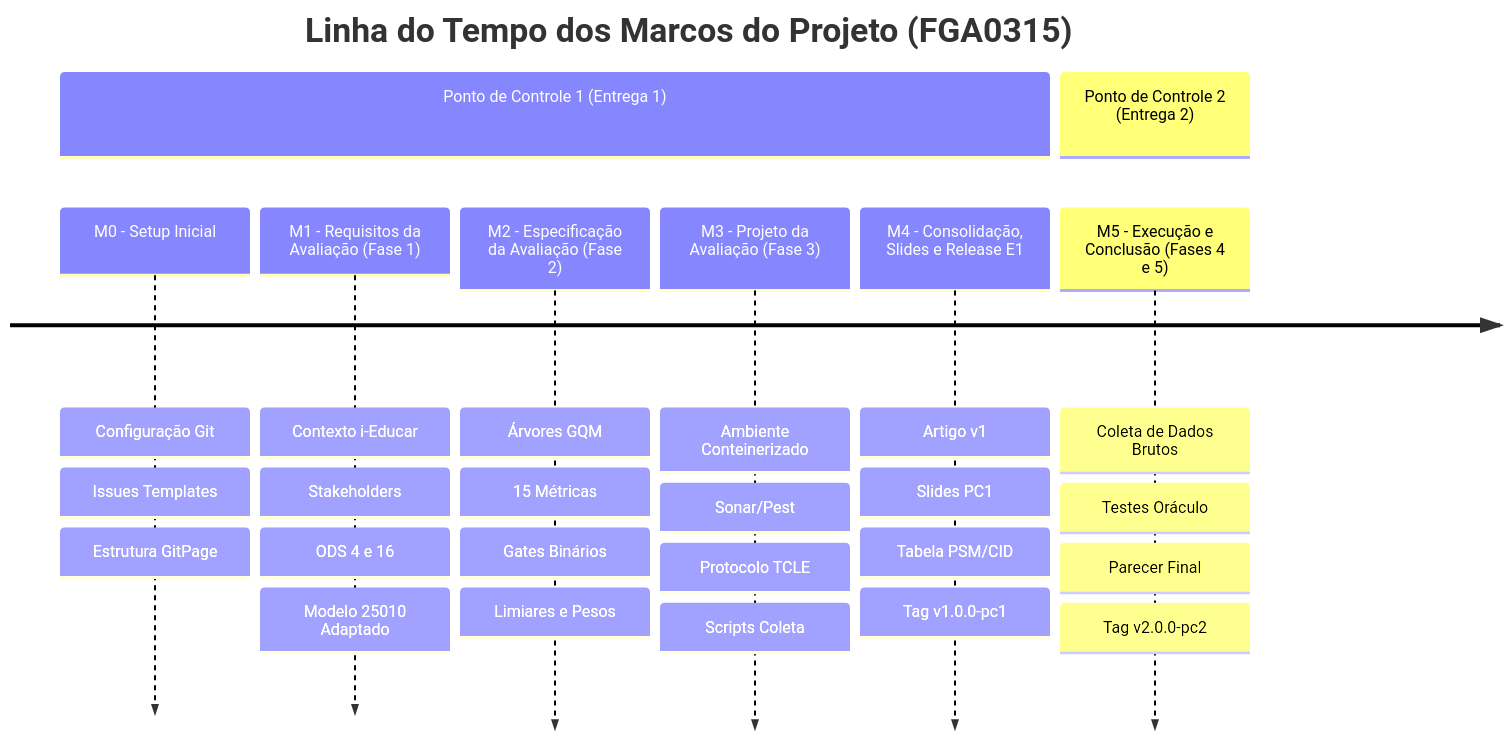
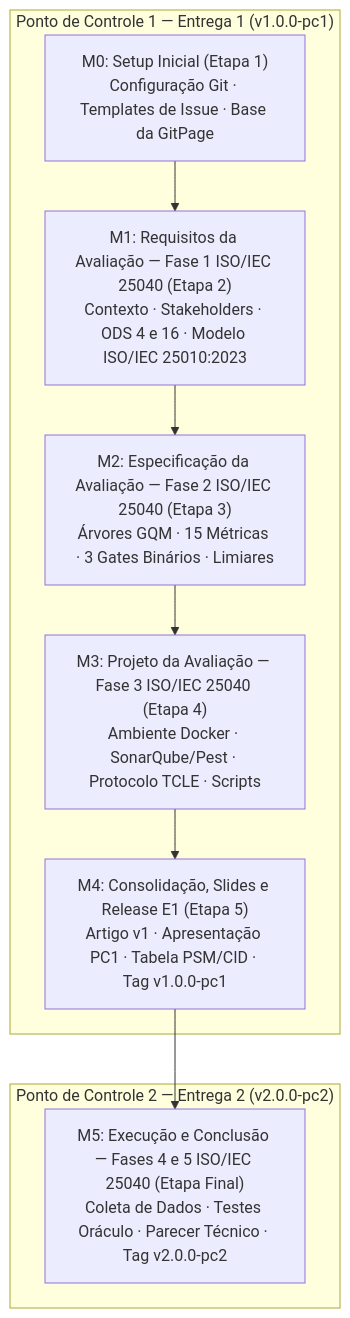
Before and after one commit to FCTE-Qualidade-de-Software-1/2026-2_T02_GRACE_HOPPER: the diagram in docs/gestao_projeto_releases_milestones_issues.md, drawn with Mermaid. The commit also changed other lines of this file and 8 other files, not shown here.

Commit message:
feat: adicionada informacoes dos integrantes do grupo + melhorias na apresentacao dos dados

````diff
--- a/docs/gestao_projeto_releases_milestones_issues.md
+++ b/docs/gestao_projeto_releases_milestones_issues.md
@@ -34,12 +36,15 @@
 ```mermaid
-timeline
-    title Linha do Tempo dos Marcos do Projeto (FGA0315)
-    section Ponto de Controle 1 (Entrega 1)
-        M0 - Setup Inicial : Configuração Git : Issues Templates : Estrutura GitPage
-        M1 - Requisitos da Avaliação (Fase 1) : Contexto i-Educar : Stakeholders : ODS 4 e 16 : Modelo 25010 Adaptado
-        M2 - Especificação da Avaliação (Fase 2) : Árvores GQM : 15 Métricas : Gates Binários : Limiares e Pesos
-        M3 - Projeto da Avaliação (Fase 3) : Ambiente Conteinerizado : Sonar/Pest : Protocolo TCLE : Scripts Coleta
-        M4 - Consolidação, Slides e Release E1 : Artigo v1 : Slides PC1 : Tabela PSM/CID : Tag v1.0.0-pc1
-    section Ponto de Controle 2 (Entrega 2)
-        M5 - Execução e Conclusão (Fases 4 e 5) : Coleta de Dados Brutos : Testes Oráculo : Parecer Final : Tag v2.0.0-pc2
+flowchart TD
+    subgraph PC1["Ponto de Controle 1 — Entrega 1 (v1.0.0-pc1)"]
+        M0["M0: Setup Inicial (Etapa 1)<br/>Configuração Git · Templates de Issue · Base da GitPage"]
+        M1["M1: Requisitos da Avaliação — Fase 1 ISO/IEC 25040 (Etapa 2)<br/>Contexto · Stakeholders · ODS 4 e 16 · Modelo ISO/IEC 25010:2023"]
+        M2["M2: Especificação da Avaliação — Fase 2 ISO/IEC 25040 (Etapa 3)<br/>Árvores GQM · 15 Métricas · 3 Gates Binários · Limiares"]
+        M3["M3: Projeto da Avaliação — Fase 3 ISO/IEC 25040 (Etapa 4)<br/>Ambiente Docker · SonarQube/Pest · Protocolo TCLE · Scripts"]
+        M4["M4: Consolidação, Slides e Release E1 (Etapa 5)<br/>Artigo v1 · Apresentação PC1 · Tabela PSM/CID · Tag v1.0.0-pc1"]
+        M0 --> M1 --> M2 --> M3 --> M4
+    end
+    subgraph PC2["Ponto de Controle 2 — Entrega 2 (v2.0.0-pc2)"]
+        M5["M5: Execução e Conclusão — Fases 4 e 5 ISO/IEC 25040 (Etapa Final)<br/>Coleta de Dados · Testes Oráculo · Parecer Técnico · Tag v2.0.0-pc2"]
+    end
+    M4 --> M5
 ```
````
